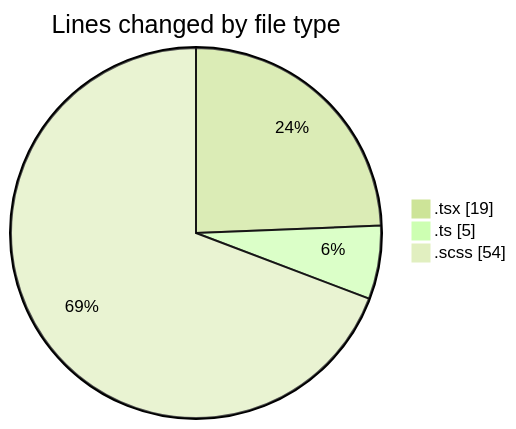
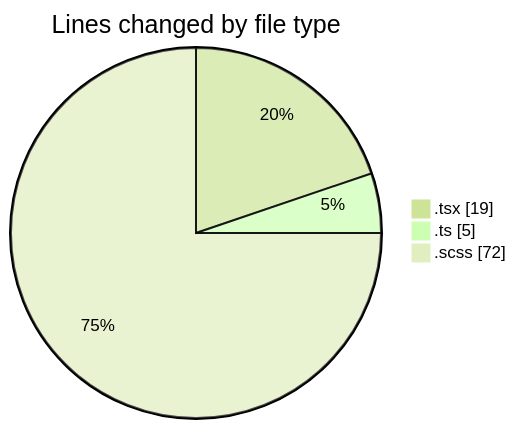
One commit to momahboobian/code-tracking changed the first of 2 diagrams in 2025-02-28/cda/README.md. Above: the diagram before and after it, drawn with Mermaid (forest theme). The commit also changed other lines of this file and 1 other file, not shown here.

````diff
--- a/2025-02-28/cda/README.md
+++ b/2025-02-28/cda/README.md
@@ -23,7 +23,7 @@
 ```mermaid
 pie showData
 title Lines changed by file type
 ".tsx" : 19
 ".ts" : 5
-".scss" : 54
+".scss" : 72
 ```
````
